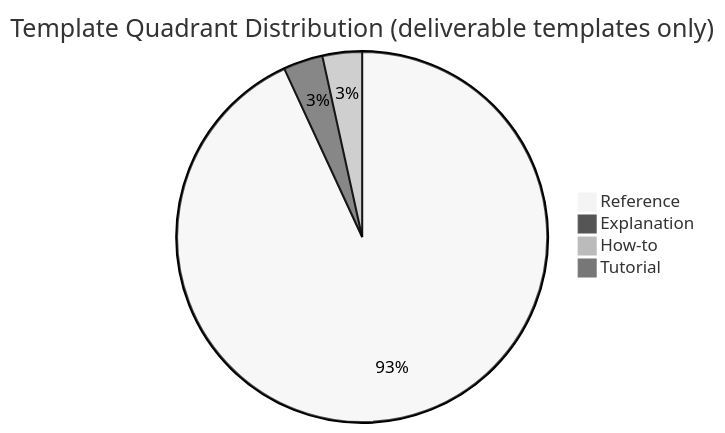
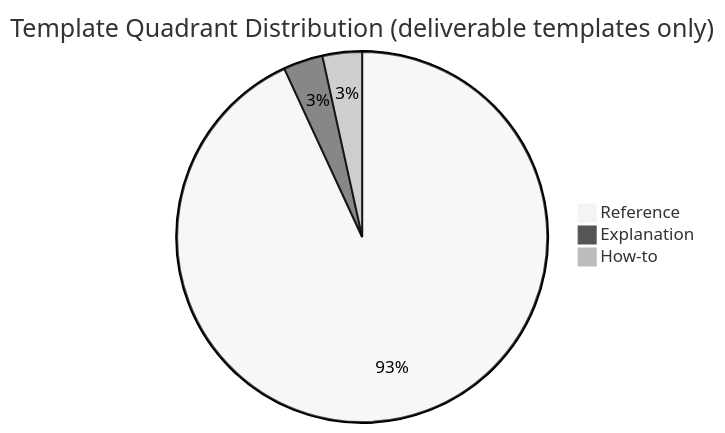
One commit to Xavier-Brinon/get-my-shit-done changed the diagram in get-my-shit-done/references/diataxis-audit.org. Above: the diagram before and after it, drawn with Mermaid (neutral theme). The commit also changed 3 other files, not shown here.

First line of the commit message:
fix: correct progress counters, file counts, and MermaidJS pie chart

```diff
--- a/get-my-shit-done/references/diataxis-audit.org
+++ b/get-my-shit-done/references/diataxis-audit.org
@@ -120,7 +120,6 @@
 #+begin_src mermaid :file diataxis-distribution.png :exports results
 pie title Template Quadrant Distribution (deliverable templates only)
     "Reference" : 27
     "Explanation" : 1
     "How-to" : 1
-    "Tutorial" : 0
 #+end_src
```
